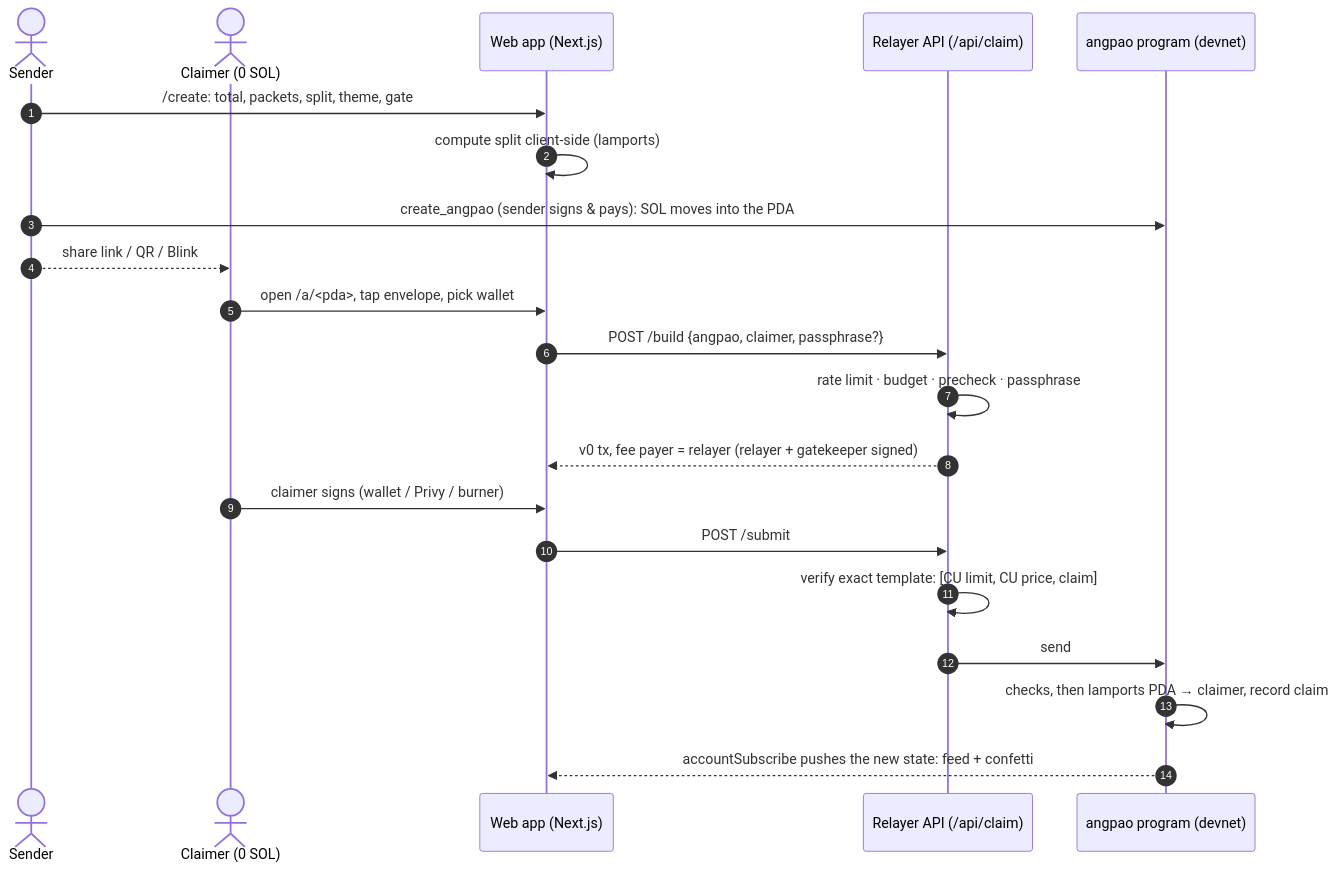
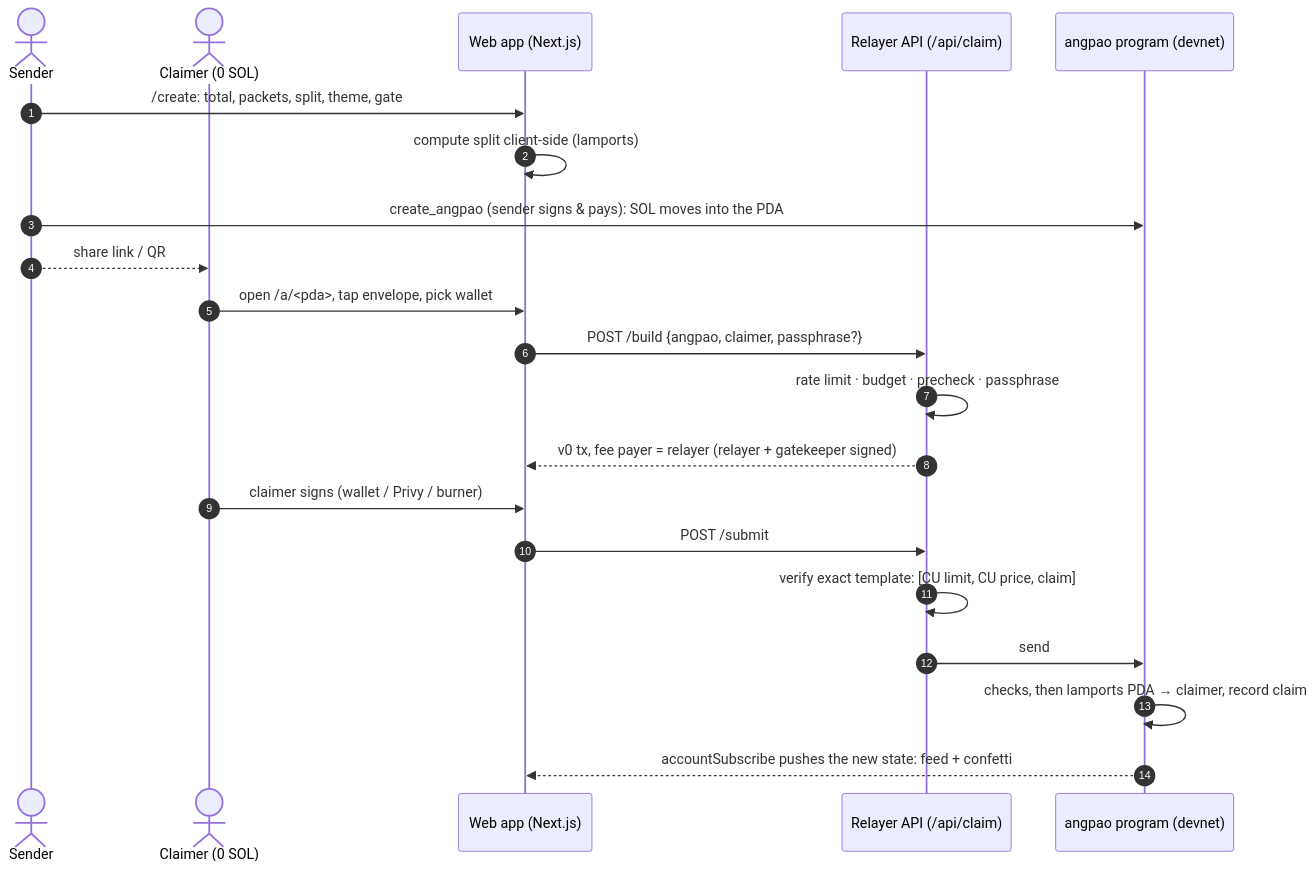
The diagram in README.md (sachiew/onchain-angpao), drawn with Mermaid before and after one commit. The commit also changed other lines of this file and 9 other files, not shown here.

````diff
--- a/README.md
+++ b/README.md
@@ -25,25 +25,25 @@
 ```mermaid
 sequenceDiagram
     autonumber
     actor S as Sender
     actor C as Claimer (0 SOL)
     participant W as Web app (Next.js)
     participant R as Relayer API (/api/claim)
     participant P as angpao program (devnet)
 
     S->>W: /create: total, packets, split, theme, gate
     W->>W: compute split client-side (lamports)
     S->>P: create_angpao (sender signs & pays): SOL moves into the PDA
-    S-->>C: share link / QR / Blink
+    S-->>C: share link / QR
 
     C->>W: open /a/<pda>, tap envelope, pick wallet
     W->>R: POST /build {angpao, claimer, passphrase?}
     R->>R: rate limit · budget · precheck · passphrase
     R-->>W: v0 tx, fee payer = relayer (relayer + gatekeeper signed)
     C->>W: claimer signs (wallet / Privy / burner)
     W->>R: POST /submit
     R->>R: verify exact template: [CU limit, CU price, claim]
     R->>P: send
     P->>P: checks, then lamports PDA → claimer, record claim
     P-->>W: accountSubscribe pushes the new state: feed + confetti
 ```
````
